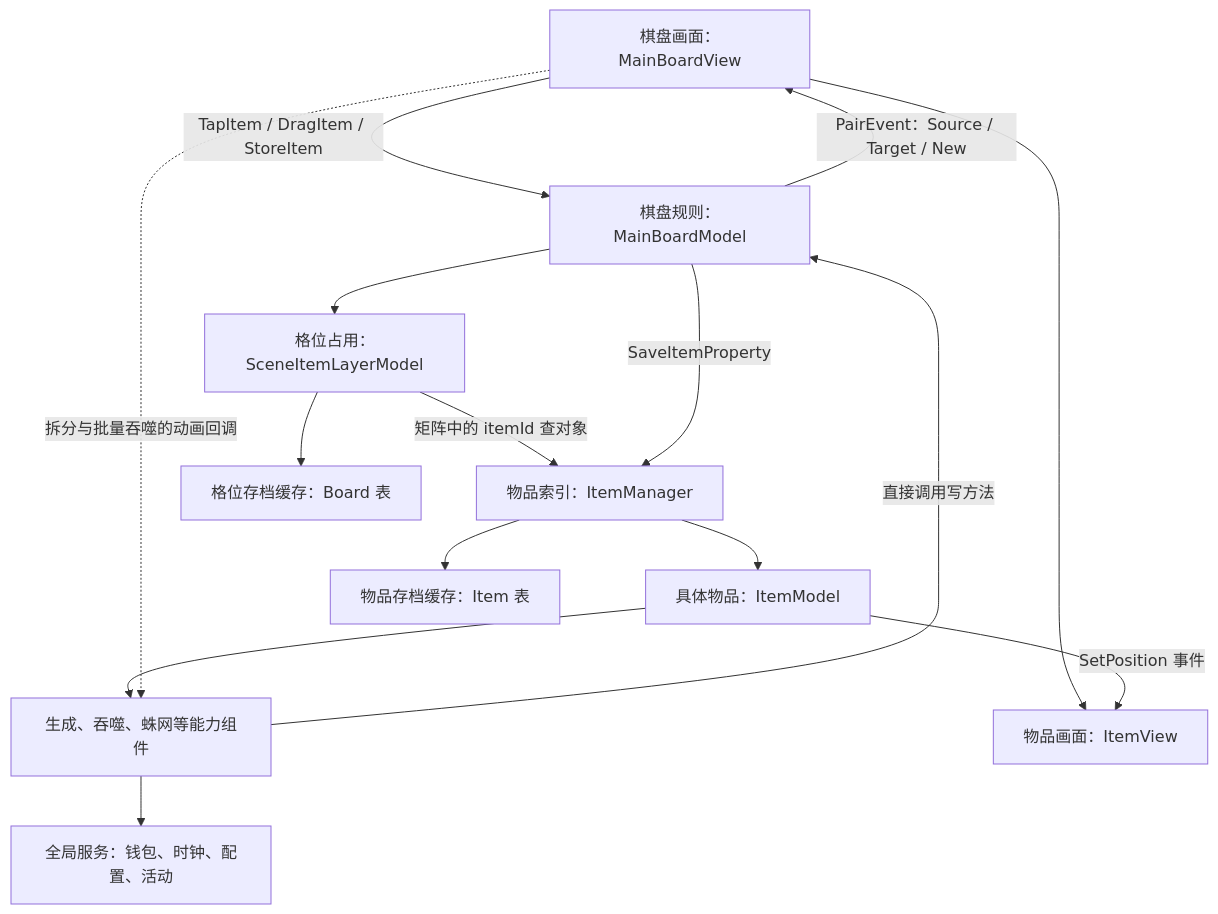
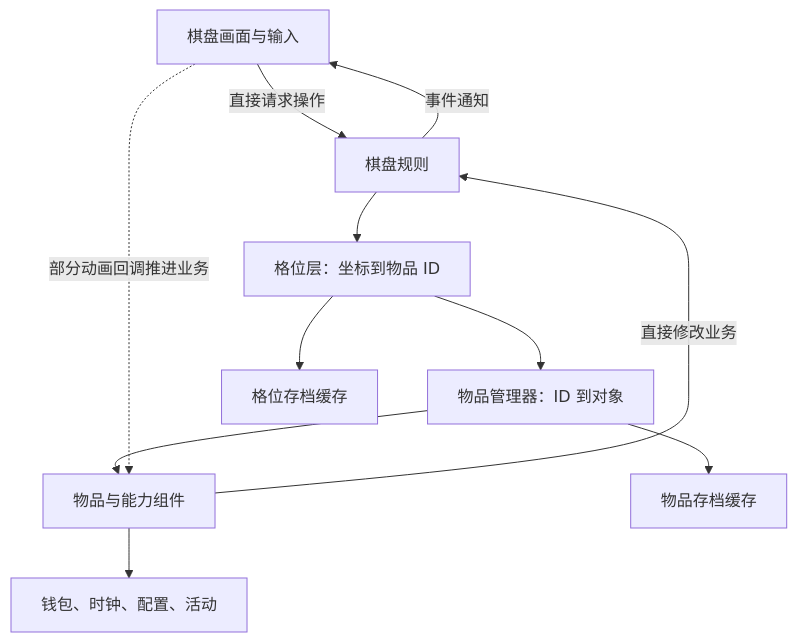
Before and after one commit to LIQIANGEASTSUN/MergeTwo: the diagram in 参考项目/SeasideEscape_2.6.0_APKPure/_分析实现方案/01_架构与数据模型.md, drawn with Mermaid. The commit also changed other lines of this file and 54 other files, not shown here.

````diff
--- a/参考项目/SeasideEscape_2.6.0_APKPure/_分析实现方案/01_架构与数据模型.md
+++ b/参考项目/SeasideEscape_2.6.0_APKPure/_分析实现方案/01_架构与数据模型.md
@@ -17,17 +29,13 @@
 ```mermaid
 flowchart TB
-  V[棋盘画面：MainBoardView] -->|TapItem / DragItem / StoreItem| B[棋盘规则：MainBoardModel]
-  B --> L[格位占用：SceneItemLayerModel]
-  L -->|矩阵中的 itemId 查对象| M[物品索引：ItemManager]
-  M --> I[具体物品：ItemModel]
-  I --> C[生成、吞噬、蛛网等能力组件]
-  C -->|直接调用写方法| B
-  B -->|SaveItemProperty| M
-  M --> D[物品存档缓存：Item 表]
-  L --> D2[格位存档缓存：Board 表]
-  B -->|PairEvent：Source / Target / New| V
-  V --> IV[物品画面：ItemView]
-  I -->|SetPosition 事件| IV
-  C --> P[全局服务：钱包、时钟、配置、活动]
-  V -.拆分与批量吞噬的动画回调.-> C
+  V[棋盘画面与输入] -->|直接请求操作| B[棋盘规则]
+  B --> L[格位层：坐标到物品 ID]
+  L --> M[物品管理器：ID 到对象]
+  M --> I[物品与能力组件]
+  I -->|直接修改业务| B
+  B -->|事件通知| V
+  V -.部分动画回调推进业务.-> I
+  M --> D[物品存档缓存]
+  L --> D2[格位存档缓存]
+  I --> S[钱包、时钟、配置、活动]
 ```
````
